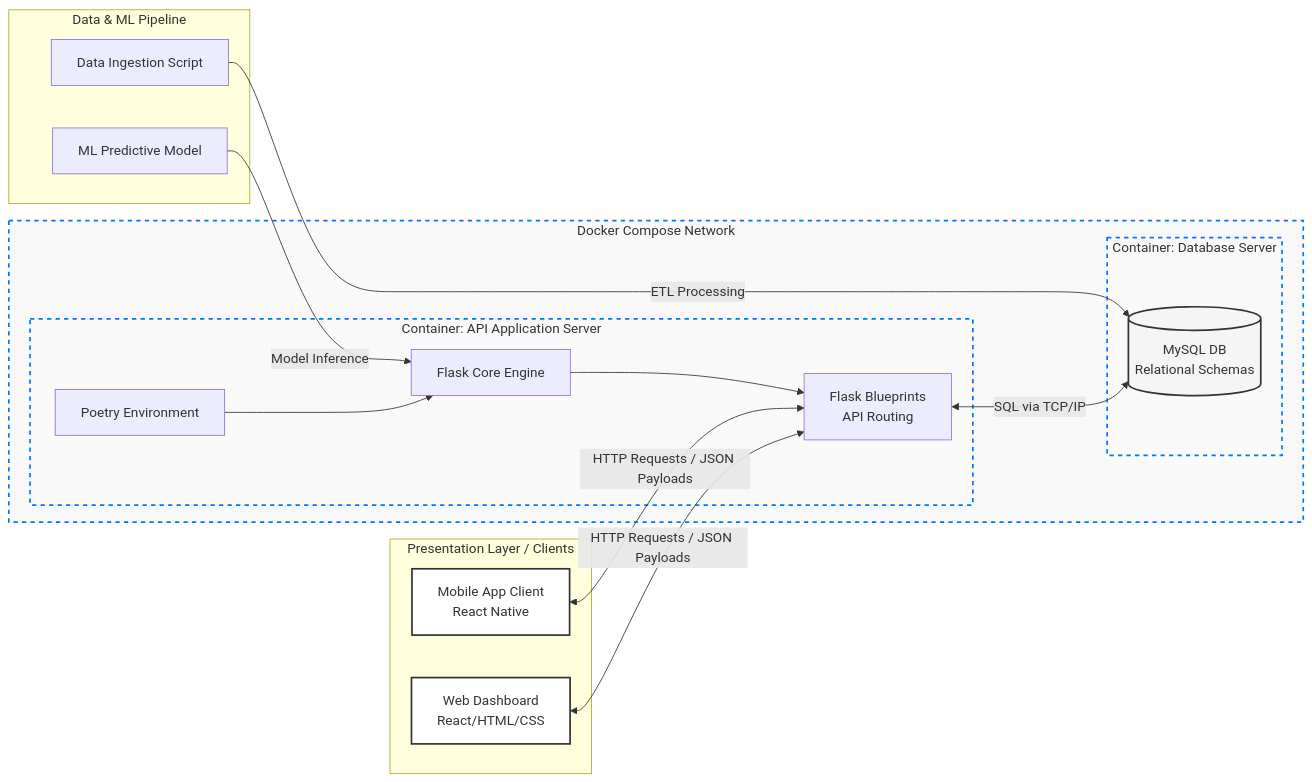
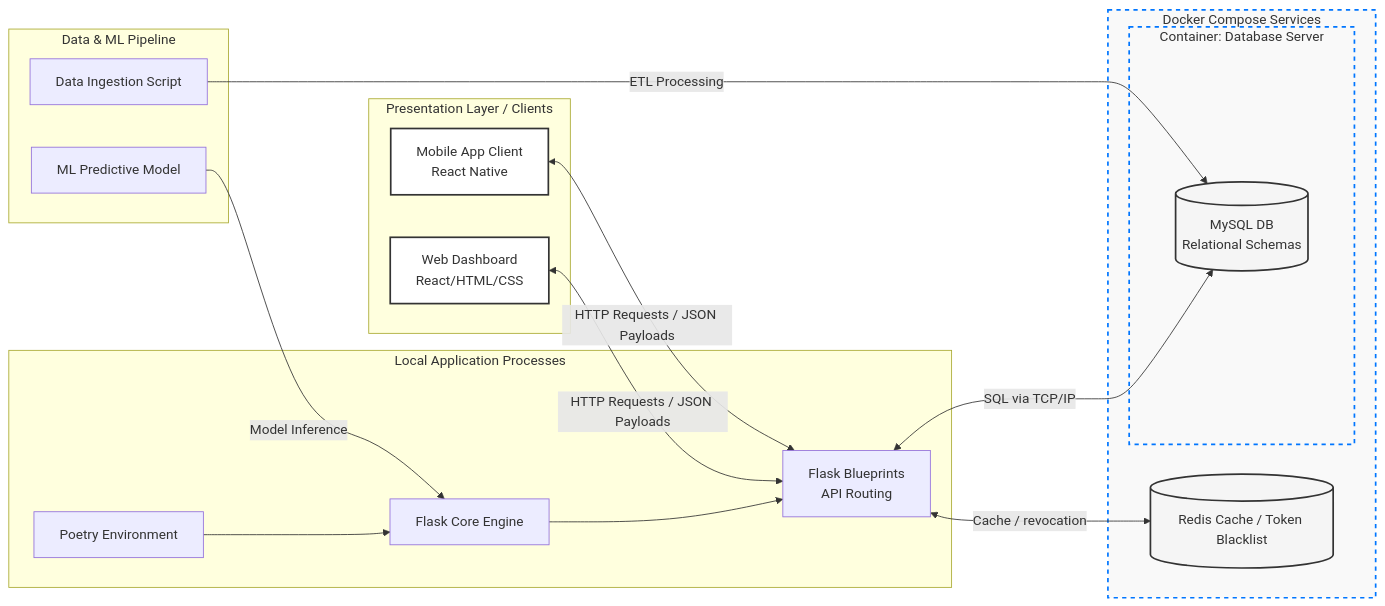
One commit to ChingYunHsu/Group6_Summer-Project changed the diagram in README.md. Above: the diagram before and after it, drawn with Mermaid. The commit also changed other lines of this file and 15 other files, not shown here.

````diff
--- a/README.md
+++ b/README.md
@@ -10,41 +22,41 @@
 ```mermaid
 graph LR
     %% Style Definitions (With Accent Borders)
     classDef client fill:#ffffff,stroke:#333333,stroke-width:2px;
     classDef docker fill:#f9f9f9,stroke:#0076ff,stroke-width:2px,stroke-dasharray: 5 5;
     classDef database fill:#f5f5f5,stroke:#333333,stroke-width:2px;
 
     %% 1. Client Tier (Presentation Layer)
     subgraph Client_Tier [Presentation Layer / Clients]
         A[Mobile App Client <br> React Native]:::client
         B[Web Dashboard <br> React/HTML/CSS]:::client
     end
 
-    %% 2. Application Tier (Server Side - Docker Compose Network Boundary)
-    subgraph Docker_Environment [Docker Compose Network]
-        
-        subgraph Flask_Container [Container: API Application Server]
-            C[Poetry Environment] --> D[Flask Core Engine]
-            D --> E[Flask Blueprints <br> API Routing]
+    %% 2. Application and data services
+    subgraph Application_Tier [Local Application Processes]
+        C[Poetry Environment] --> D[Flask Core Engine]
+        D --> E[Flask Blueprints <br> API Routing]
+    end
+
+    subgraph Docker_Environment [Docker Compose Services]
+        subgraph MySQL_Container [Container: Database Server]
+        F[(MySQL DB <br> Relational Schemas)]:::database
         end
-
-        subgraph MySQL_Container [Container: Database Server]
-            F[(MySQL DB <br> Relational Schemas)]:::database
-        end
-        
-        E <-->|SQL via TCP/IP| F
+        R[(Redis Cache / Token Blacklist)]:::database
     end
 
     %% 3. Data & Analytics Pipeline (Offline / Background Process)
     subgraph Analytics_Pipeline [Data & ML Pipeline]
         G[Data Ingestion Script] -->|ETL Processing| F
         H[ML Predictive Model] -->|Model Inference| D
     end
 
     %% Network Protocols (Communication Layer)
     A <-->|HTTP Requests / JSON Payloads| E
     B <-->|HTTP Requests / JSON Payloads| E
+    E <-->|SQL via TCP/IP| F
+    E <-->|Cache / revocation| R
 
     %% Apply Styles
-    class Docker_Environment,Flask_Container,MySQL_Container docker;
+    class Docker_Environment,MySQL_Container docker;
 ```
````
